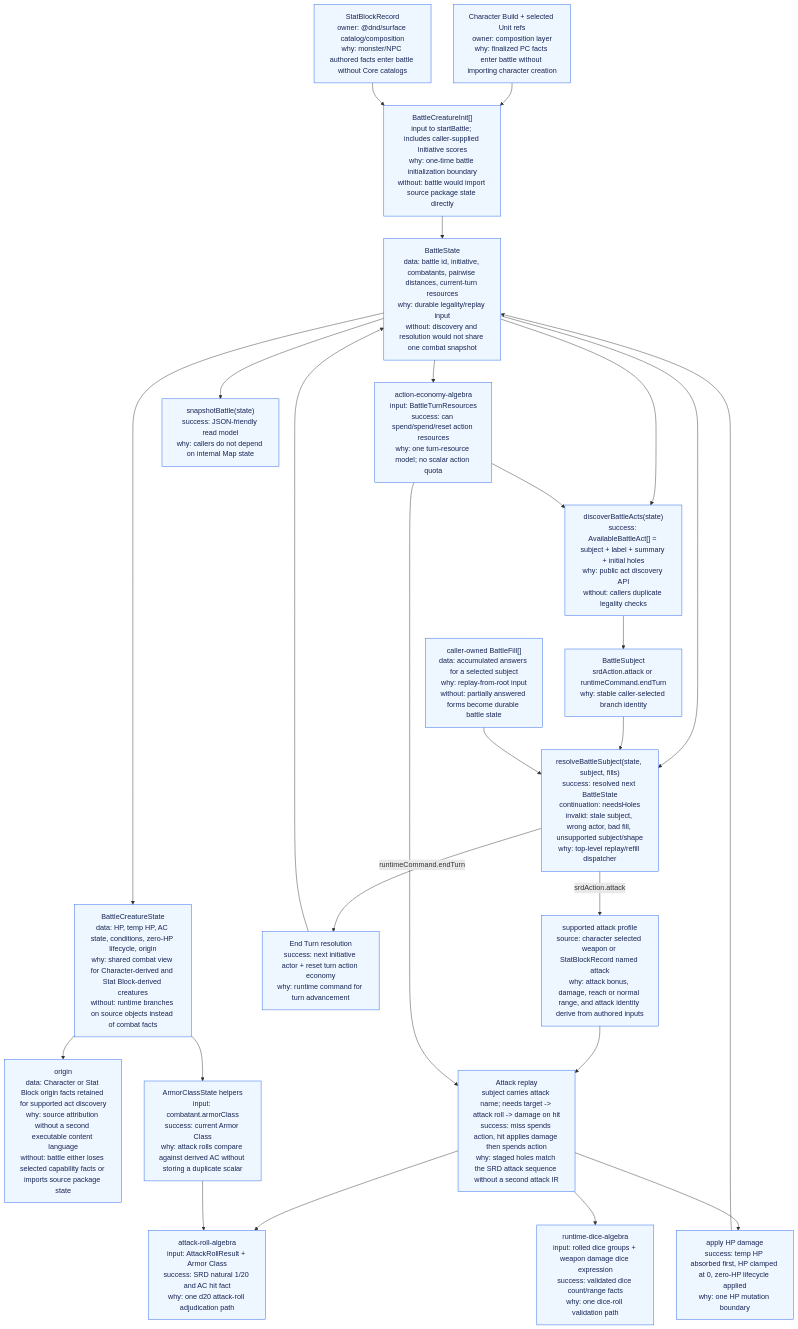
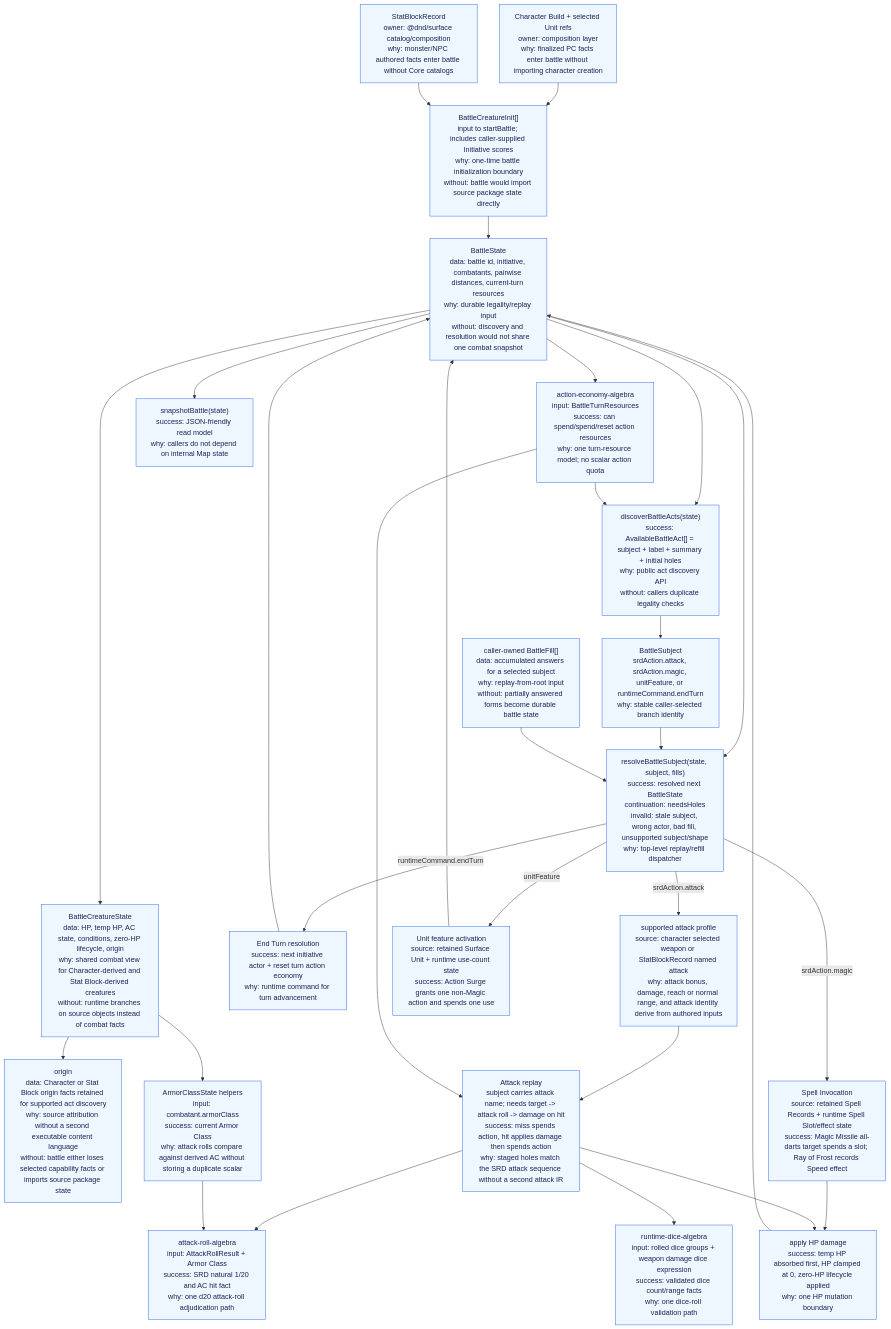
The first of 2 diagrams in packages/battle-runtime/ARCHITECTURE_GRAPH.md (dearlordylord/5e-quint), drawn with Mermaid before and after one commit. The commit also changed other lines of this file and 8 other files, not shown here.

Commit message:
Widen battle runtime first slice

````diff
--- a/packages/battle-runtime/ARCHITECTURE_GRAPH.md
+++ b/packages/battle-runtime/ARCHITECTURE_GRAPH.md
@@ -13,45 +13,49 @@
 ```mermaid
 flowchart TD
   CharacterBuild["Character Build + selected Unit refs<br/>owner: composition layer<br/>why: finalized PC facts enter battle without importing character creation"]
   StatBlock["StatBlockRecord<br/>owner: @dnd/surface catalog/composition<br/>why: monster/NPC authored facts enter battle without Core catalogs"]
   Init["BattleCreatureInit[]<br/>input to startBattle; includes caller-supplied Initiative scores<br/>why: one-time battle initialization boundary<br/>without: battle would import source package state directly"]
   State["BattleState<br/>data: battle id, initiative, combatants, pairwise distances, current-turn resources<br/>why: durable legality/replay input<br/>without: discovery and resolution would not share one combat snapshot"]
   Creature["BattleCreatureState<br/>data: HP, temp HP, AC state, conditions, zero-HP lifecycle, origin<br/>why: shared combat view for Character-derived and Stat Block-derived creatures<br/>without: runtime branches on source objects instead of combat facts"]
   Origin["origin<br/>data: Character or Stat Block origin facts retained for supported act discovery<br/>why: source attribution without a second executable content language<br/>without: battle either loses selected capability facts or imports source package state"]
   ArmorClass["ArmorClassState helpers<br/>input: combatant.armorClass<br/>success: current Armor Class<br/>why: attack rolls compare against derived AC without storing a duplicate scalar"]
   ActionEconomy["action-economy-algebra<br/>input: BattleTurnResources<br/>success: can spend/spend/reset action resources<br/>why: one turn-resource model; no scalar action quota"]
   AttackRoll["attack-roll-algebra<br/>input: AttackRollResult + Armor Class<br/>success: SRD natural 1/20 and AC hit fact<br/>why: one d20 attack-roll adjudication path"]
   RuntimeDice["runtime-dice-algebra<br/>input: rolled dice groups + weapon damage dice expression<br/>success: validated dice count/range facts<br/>why: one dice-roll validation path"]
   Discover["discoverBattleActs(state)<br/>success: AvailableBattleAct[] = subject + label + summary + initial holes<br/>why: public act discovery API<br/>without: callers duplicate legality checks"]
-  Subject["BattleSubject<br/>srdAction.attack or runtimeCommand.endTurn<br/>why: stable caller-selected branch identity"]
+  Subject["BattleSubject<br/>srdAction.attack, srdAction.magic, unitFeature, or runtimeCommand.endTurn<br/>why: stable caller-selected branch identity"]
   FillSession["caller-owned BattleFill[]<br/>data: accumulated answers for a selected subject<br/>why: replay-from-root input<br/>without: partially answered forms become durable battle state"]
   Resolve["resolveBattleSubject(state, subject, fills)<br/>success: resolved next BattleState<br/>continuation: needsHoles<br/>invalid: stale subject, wrong actor, bad fill, unsupported subject/shape<br/>why: top-level replay/refill dispatcher"]
   EndTurn["End Turn resolution<br/>success: next initiative actor + reset turn action economy<br/>why: runtime command for turn advancement"]
   AttackProfile["supported attack profile<br/>source: character selected weapon or StatBlockRecord named attack<br/>why: attack bonus, damage, reach or normal range, and attack identity derive from authored inputs"]
+  UnitFeature["Unit feature activation<br/>source: retained Surface Unit + runtime use-count state<br/>success: Action Surge grants one non-Magic action and spends one use"]
+  SpellInvocation["Spell Invocation<br/>source: retained Spell Records + runtime Spell Slot/effect state<br/>success: Magic Missile all-darts target spends a slot; Ray of Frost records Speed effect"]
   AttackReplay["Attack replay<br/>subject carries attack name; needs target -> attack roll -> damage on hit<br/>success: miss spends action, hit applies damage then spends action<br/>why: staged holes match the SRD attack sequence without a second attack IR"]
   Damage["apply HP damage<br/>success: temp HP absorbed first, HP clamped at 0, zero-HP lifecycle applied<br/>why: one HP mutation boundary"]
   Snapshot["snapshotBattle(state)<br/>success: JSON-friendly read model<br/>why: callers do not depend on internal Map state"]
 
   CharacterBuild --> Init
   StatBlock --> Init
   Init --> State --> Creature
   Creature --> Origin
   Creature --> ArmorClass
   State --> ActionEconomy
   State --> Discover --> Subject
   State --> Snapshot
   State --> Resolve
   Subject --> Resolve
   FillSession --> Resolve
   Resolve -->|runtimeCommand.endTurn| EndTurn --> State
   Resolve -->|srdAction.attack| AttackProfile --> AttackReplay
+  Resolve -->|unitFeature| UnitFeature --> State
+  Resolve -->|srdAction.magic| SpellInvocation --> Damage
   AttackReplay --> AttackRoll
   AttackReplay --> RuntimeDice
   AttackReplay --> Damage --> State
   ArmorClass --> AttackRoll
   ActionEconomy --> Discover
   ActionEconomy --> AttackReplay
 
   classDef implemented fill:#eef6ff,stroke:#2563eb,color:#172554;
-  class CharacterBuild,StatBlock,Init,State,Creature,Origin,ArmorClass,ActionEconomy,AttackRoll,RuntimeDice,Discover,Subject,FillSession,Resolve,EndTurn,AttackProfile,AttackReplay,Damage,Snapshot implemented;
+  class CharacterBuild,StatBlock,Init,State,Creature,Origin,ArmorClass,ActionEconomy,AttackRoll,RuntimeDice,Discover,Subject,FillSession,Resolve,EndTurn,AttackProfile,AttackReplay,UnitFeature,SpellInvocation,Damage,Snapshot implemented;
 ```
````
